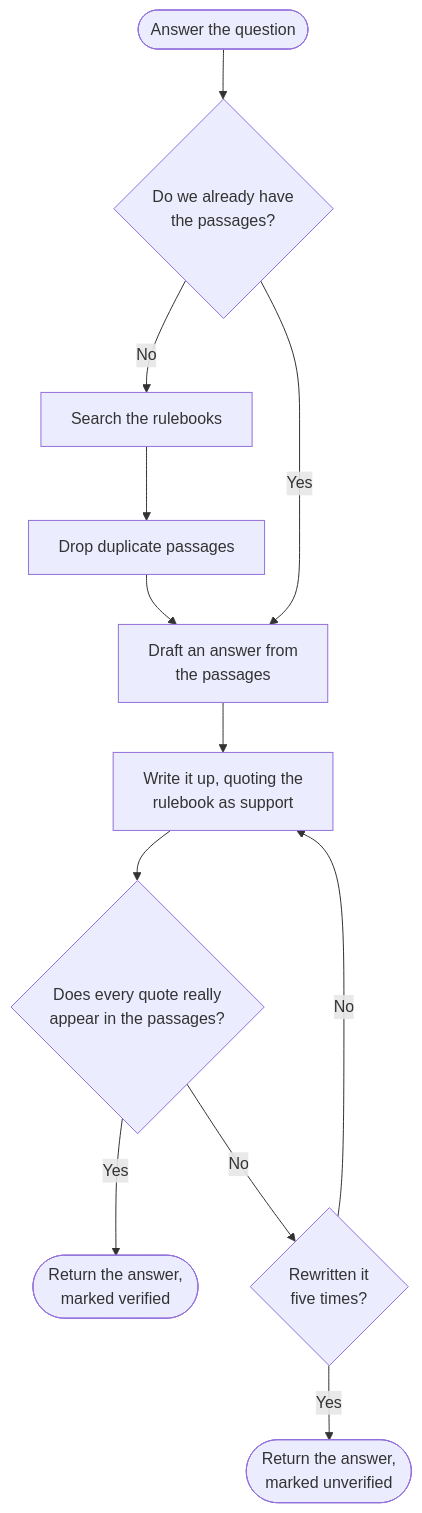
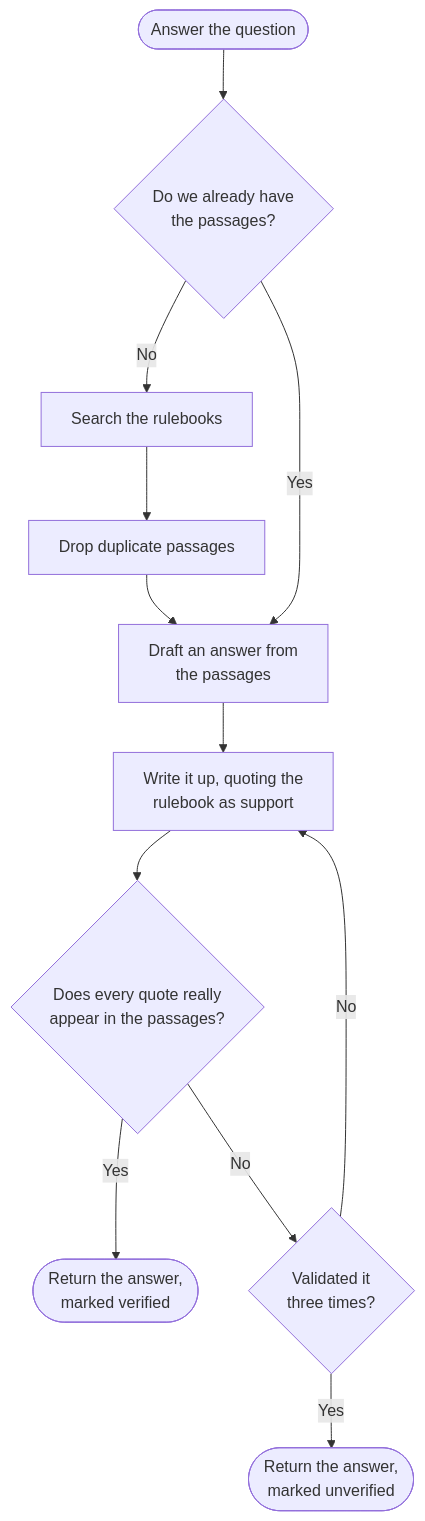
The second of 2 diagrams in docs/qa-flow.md (johntrimble/meeplemate), drawn with Mermaid before and after one commit. The commit also changed other lines of this file and 21 other files, not shown here.

````diff
--- a/docs/qa-flow.md
+++ b/docs/qa-flow.md
@@ -42,17 +42,17 @@
 ```mermaid
 flowchart TD
     A([Answer the question]) --> B{"Do we already have<br/>the passages?"}
 
     B -->|No| C["Search the rulebooks"]
     C --> D["Drop duplicate passages"]
     D --> E["Draft an answer from<br/>the passages"]
     B -->|Yes| E
 
     E --> F["Write it up, quoting the<br/>rulebook as support"]
     F --> G{"Does every quote really<br/>appear in the passages?"}
 
     G -->|Yes| H([Return the answer,<br/>marked verified])
-    G -->|No| I{"Rewritten it<br/>five times?"}
+    G -->|No| I{"Validated it<br/>three times?"}
     I -->|No| F
     I -->|Yes| J([Return the answer,<br/>marked unverified])
 ```
````
